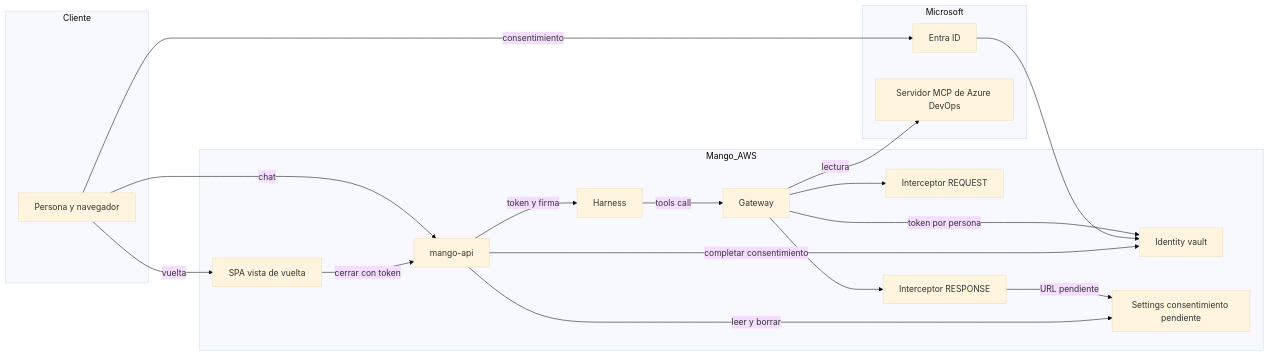
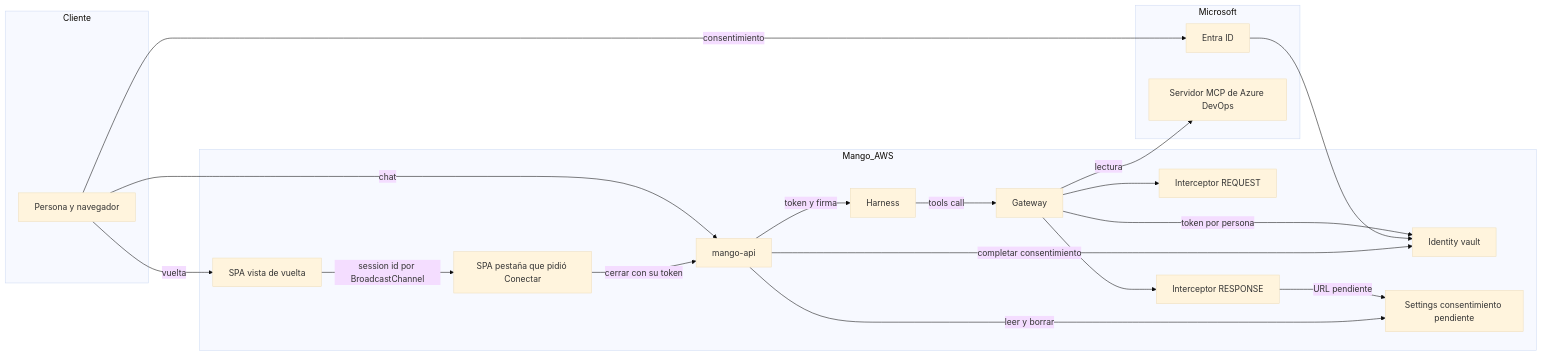
One commit to jhonmezaa/mango changed the diagram in docs/security/threat-models/remote-mcp-threat-model.md. Above: the diagram before and after it, drawn with Mermaid (base theme). The commit also changed other lines of this file and 31 other files, not shown here.

````diff
--- a/docs/security/threat-models/remote-mcp-threat-model.md
+++ b/docs/security/threat-models/remote-mcp-threat-model.md
@@ -80,34 +84,36 @@
 ```mermaid
 flowchart LR
   subgraph Cliente
     U["Persona y navegador"]
   end
   subgraph Mango_AWS
     API["mango-api"]
     H["Harness"]
     GW["Gateway"]
     IREQ["Interceptor REQUEST"]
     IRES["Interceptor RESPONSE"]
     ID["Identity vault"]
     SPA["SPA vista de vuelta"]
+    TAB["SPA pestaña que pidió Conectar"]
     SET["Settings consentimiento pendiente"]
   end
   subgraph Microsoft
     ENTRA["Entra ID"]
     ADO["Servidor MCP de Azure DevOps"]
   end
   U -->|chat| API
   U -->|vuelta| SPA
-  SPA -->|cerrar con token| API
+  SPA -->|session id por BroadcastChannel| TAB
+  TAB -->|cerrar con su token| API
   API -->|token y firma| H
   H -->|tools call| GW
   GW --> IREQ
   GW --> IRES
   IRES -->|URL pendiente| SET
   API -->|leer y borrar| SET
   GW -->|token por persona| ID
   GW -->|lectura| ADO
   U -->|consentimiento| ENTRA
   ENTRA --> ID
   API -->|completar consentimiento| ID
 ```
````
